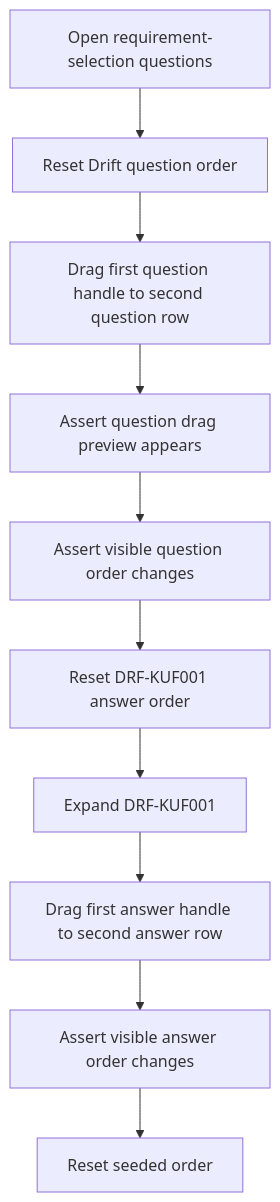
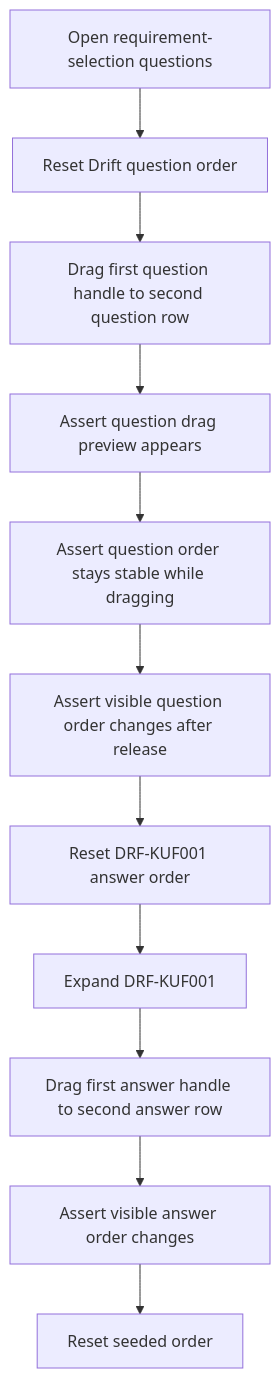
Before and after one commit to viscalyx/Kravhantering: the first of 2 diagrams in tests/integration/requirement-selection-answer-dnd.md, drawn with Mermaid. The commit also changed other lines of this file and 3 other files, not shown here.

````diff
--- a/tests/integration/requirement-selection-answer-dnd.md
+++ b/tests/integration/requirement-selection-answer-dnd.md
@@ -13,12 +13,13 @@
 ```mermaid
 flowchart TD
     A[Open requirement-selection questions] --> B[Reset Drift question order]
     B --> C[Drag first question handle to second question row]
     C --> D[Assert question drag preview appears]
-    D --> E[Assert visible question order changes]
-    E --> F[Reset DRF-KUF001 answer order]
-    F --> G[Expand DRF-KUF001]
-    G --> H[Drag first answer handle to second answer row]
-    H --> I[Assert visible answer order changes]
-    I --> J[Reset seeded order]
+    D --> E[Assert question order stays stable while dragging]
+    E --> F[Assert visible question order changes after release]
+    F --> G[Reset DRF-KUF001 answer order]
+    G --> H[Expand DRF-KUF001]
+    H --> I[Drag first answer handle to second answer row]
+    I --> J[Assert visible answer order changes]
+    J --> K[Reset seeded order]
 ```
````
